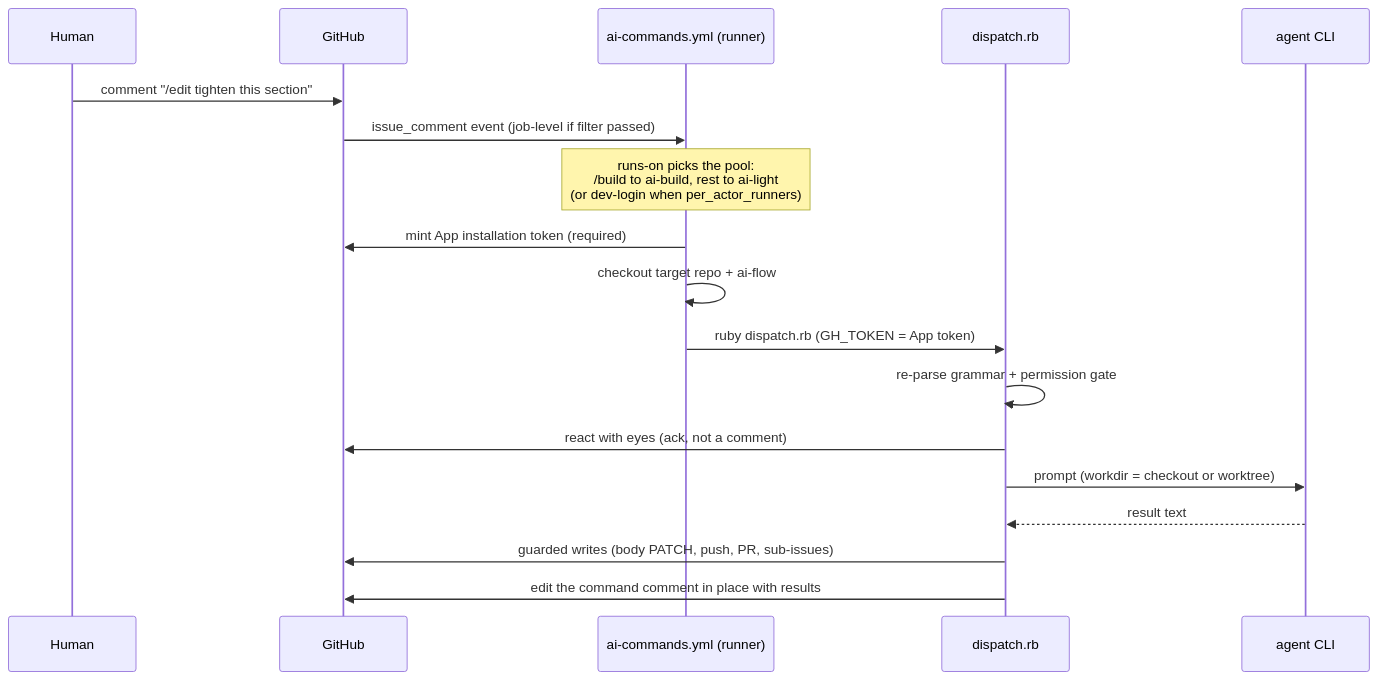
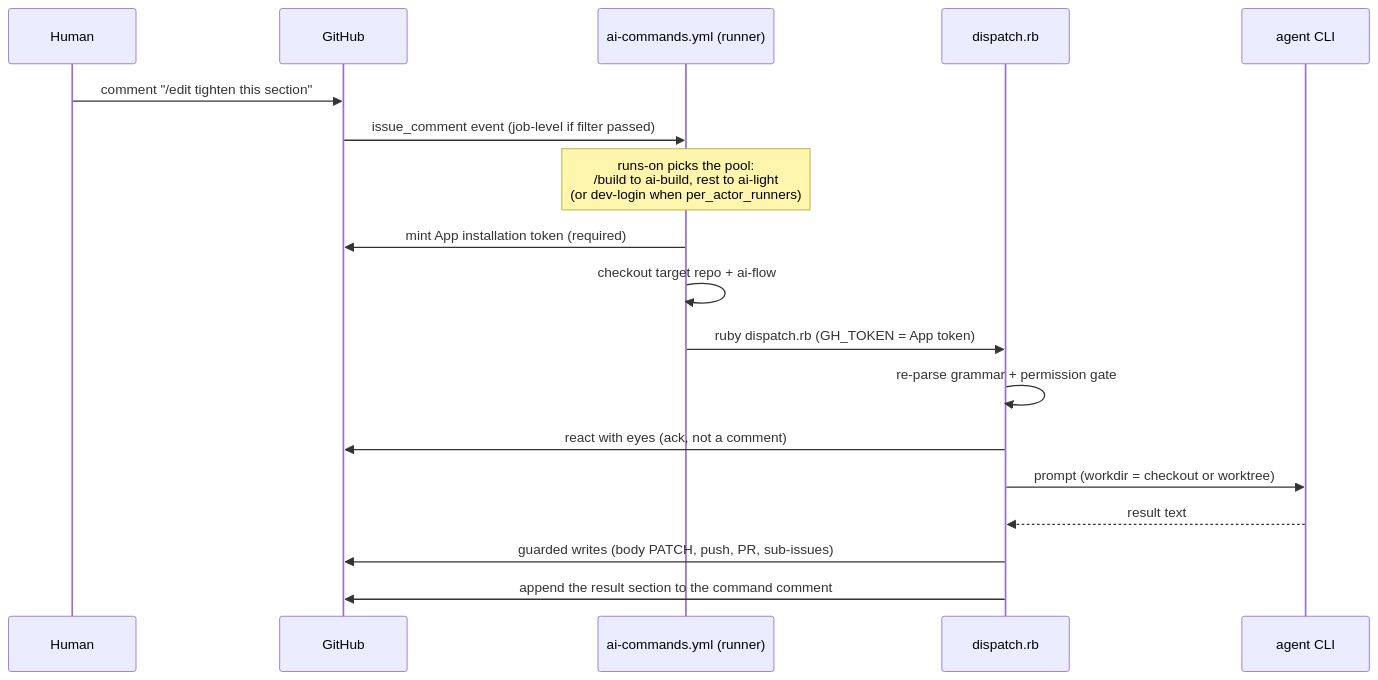
One commit to d3mlabs/ai-flow changed the second of 5 diagrams in docs/architecture.md. Above: the diagram before and after it, drawn with Mermaid. The commit also changed other lines of this file and 11 other files, not shown here.

````diff
--- a/docs/architecture.md
+++ b/docs/architecture.md
@@ -65,21 +65,21 @@
 ```mermaid
 sequenceDiagram
     participant Human
     participant GitHub
     participant Workflow as ai-commands.yml (runner)
     participant Dispatcher as dispatch.rb
     participant Agent as agent CLI
 
     Human->>GitHub: comment "/edit tighten this section"
     GitHub->>Workflow: issue_comment event (job-level if filter passed)
     Note over Workflow: runs-on picks the pool:<br/>/build to ai-build, rest to ai-light<br/>(or dev-login when per_actor_runners)
     Workflow->>GitHub: mint App installation token (required)
     Workflow->>Workflow: checkout target repo + ai-flow
     Workflow->>Dispatcher: ruby dispatch.rb (GH_TOKEN = App token)
     Dispatcher->>Dispatcher: re-parse grammar + permission gate
     Dispatcher->>GitHub: react with eyes (ack, not a comment)
     Dispatcher->>Agent: prompt (workdir = checkout or worktree)
     Agent-->>Dispatcher: result text
     Dispatcher->>GitHub: guarded writes (body PATCH, push, PR, sub-issues)
-    Dispatcher->>GitHub: edit the command comment in place with results
+    Dispatcher->>GitHub: append the result section to the command comment
 ```
````
